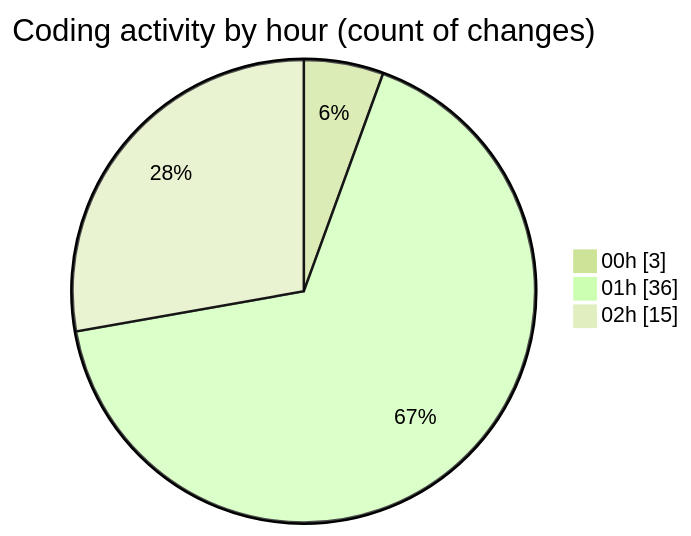
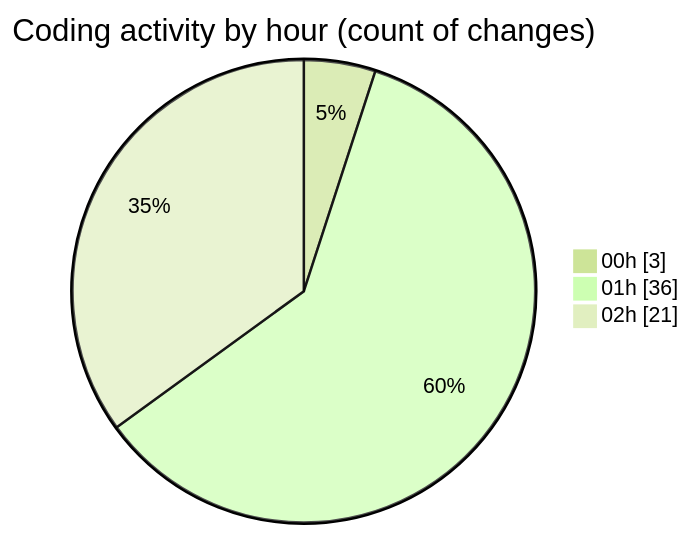
Before and after one commit to lephambinh05/code-tracking: the second of 2 diagrams in 2025-09-05/hiai-phf/README.md, drawn with Mermaid (forest theme). The commit also changed other lines of this file and 1 other file, not shown here.

````diff
--- a/2025-09-05/hiai-phf/README.md
+++ b/2025-09-05/hiai-phf/README.md
@@ -43,7 +43,7 @@
 ```mermaid
 pie showData
 title Coding activity by hour (count of changes)
 "00h" : 3
 "01h" : 36
-"02h" : 15
+"02h" : 21
 ```
````
